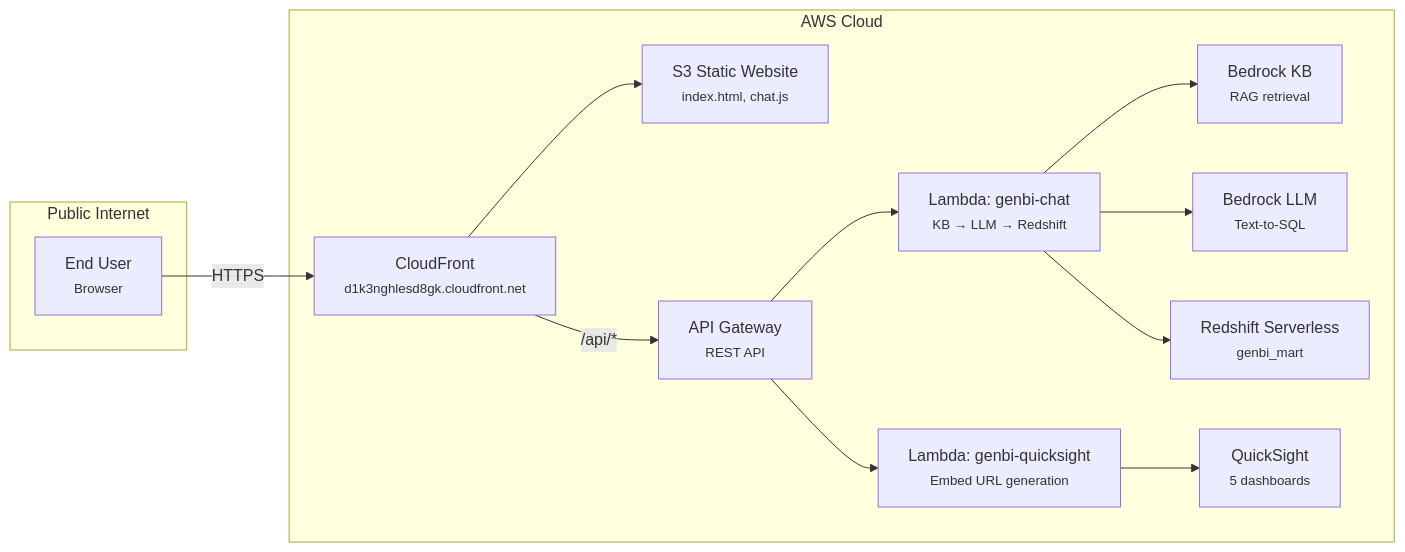
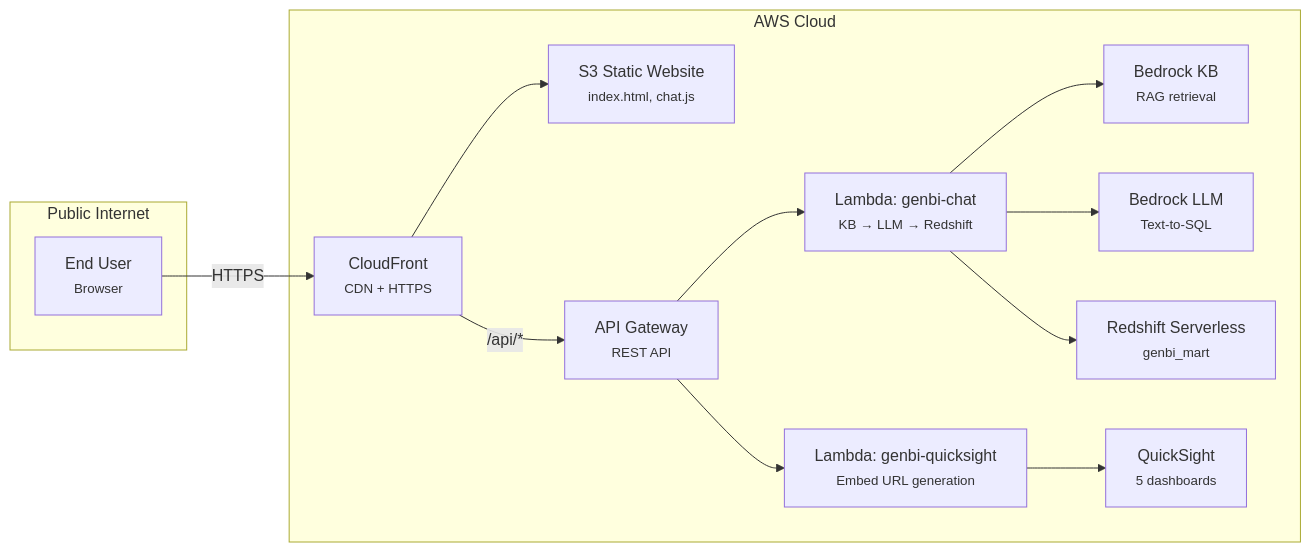
The second of 3 diagrams in README.md (danielpeggy/bi-report-chatbot), drawn with Mermaid before and after one commit. The commit also changed other lines of this file, not shown here.

Commit message:
Add deployment architectures: demo (Lambda+CloudFront) and enterprise (VPC+DX/VPN dual-path)

````diff
--- a/README.md
+++ b/README.md
@@ -107,28 +107,28 @@
 ```mermaid
 flowchart LR
     subgraph Internet["Public Internet"]
         USER["End User<br/><small>Browser</small>"]
     end
 
     subgraph AWS["AWS Cloud"]
-        CF["CloudFront<br/><small>d1k3nghlesd8gk.cloudfront.net</small>"]
+        CF["CloudFront<br/><small>CDN + HTTPS</small>"]
         S3W["S3 Static Website<br/><small>index.html, chat.js</small>"]
         APIGW["API Gateway<br/><small>REST API</small>"]
         LAMBDA1["Lambda: genbi-chat<br/><small>KB → LLM → Redshift</small>"]
         LAMBDA2["Lambda: genbi-quicksight<br/><small>Embed URL generation</small>"]
         KB["Bedrock KB<br/><small>RAG retrieval</small>"]
         LLM["Bedrock LLM<br/><small>Text-to-SQL</small>"]
         RS["Redshift Serverless<br/><small>genbi_mart</small>"]
         QS["QuickSight<br/><small>5 dashboards</small>"]
     end
 
     USER -->|HTTPS| CF
     CF --> S3W
     CF -->|/api/*| APIGW
     APIGW --> LAMBDA1
     APIGW --> LAMBDA2
     LAMBDA1 --> KB
     LAMBDA1 --> LLM
     LAMBDA1 --> RS
     LAMBDA2 --> QS
 ```
````
